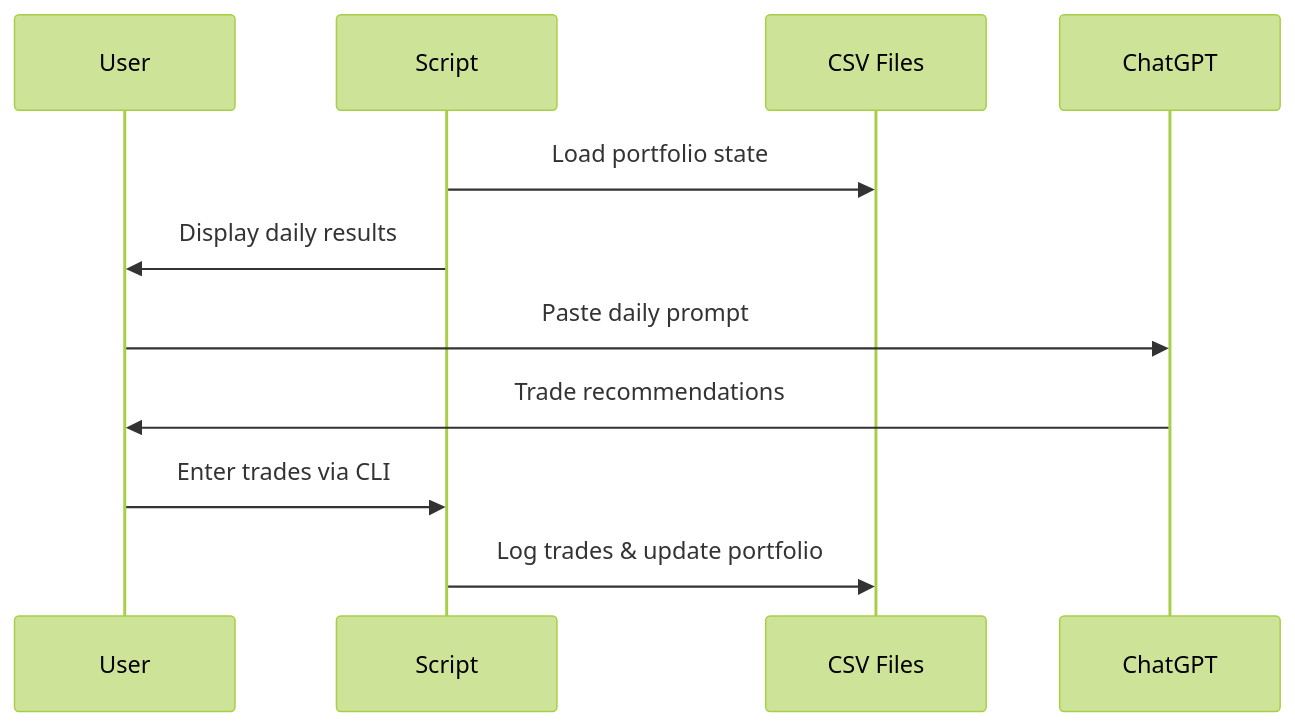
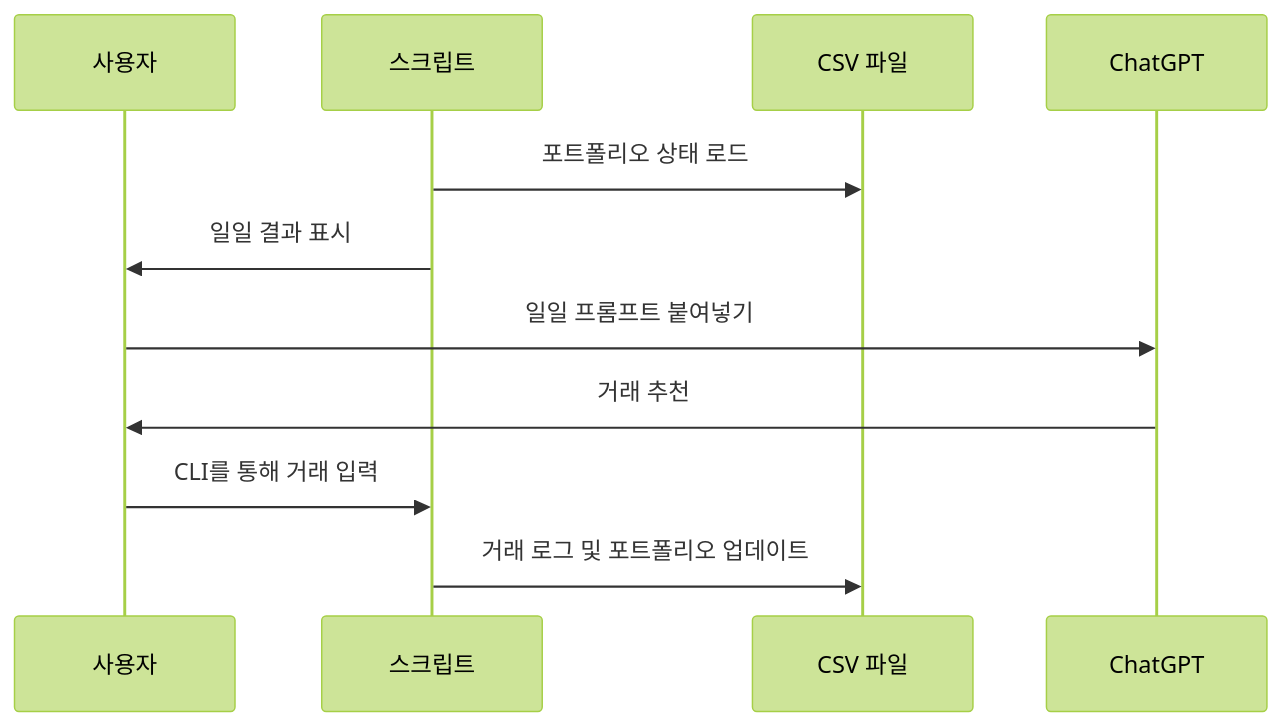
The fourth of 10 diagrams in report/ChatGPT-Micro-Cap-Experiment/report-claude-sonnet.md (gyuha/investment-open-source-analysis), drawn with Mermaid (forest theme) before and after one commit. The commit also changed other lines of this file and 1 other file, not shown here.

Commit message:
Change graph orientation from TD to LR in report-claude-sonnet.md for improved readability of module dependencies

````diff
--- a/report/ChatGPT-Micro-Cap-Experiment/report-claude-sonnet.md
+++ b/report/ChatGPT-Micro-Cap-Experiment/report-claude-sonnet.md
@@ -297,14 +297,14 @@
 ```mermaid
 sequenceDiagram
-    participant U as User
-    participant S as Script
-    participant CSV as CSV Files
+    participant U as 사용자
+    participant S as 스크립트
+    participant CSV as CSV 파일
     participant LLM as ChatGPT
 
-    S->>CSV: Load portfolio state
-    S->>U: Display daily results
-    U->>LLM: Paste daily prompt
-    LLM->>U: Trade recommendations
-    U->>S: Enter trades via CLI
-    S->>CSV: Log trades & update portfolio
+    S->>CSV: 포트폴리오 상태 로드
+    S->>U: 일일 결과 표시
+    U->>LLM: 일일 프롬프트 붙여넣기
+    LLM->>U: 거래 추천
+    U->>S: CLI를 통해 거래 입력
+    S->>CSV: 거래 로그 및 포트폴리오 업데이트
 ```
````
